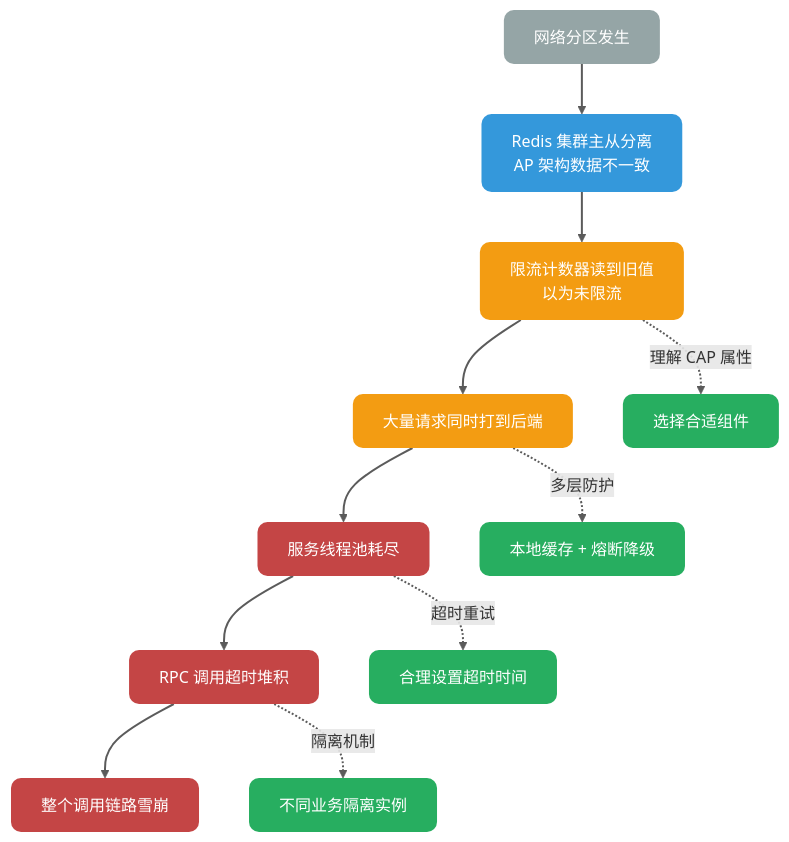
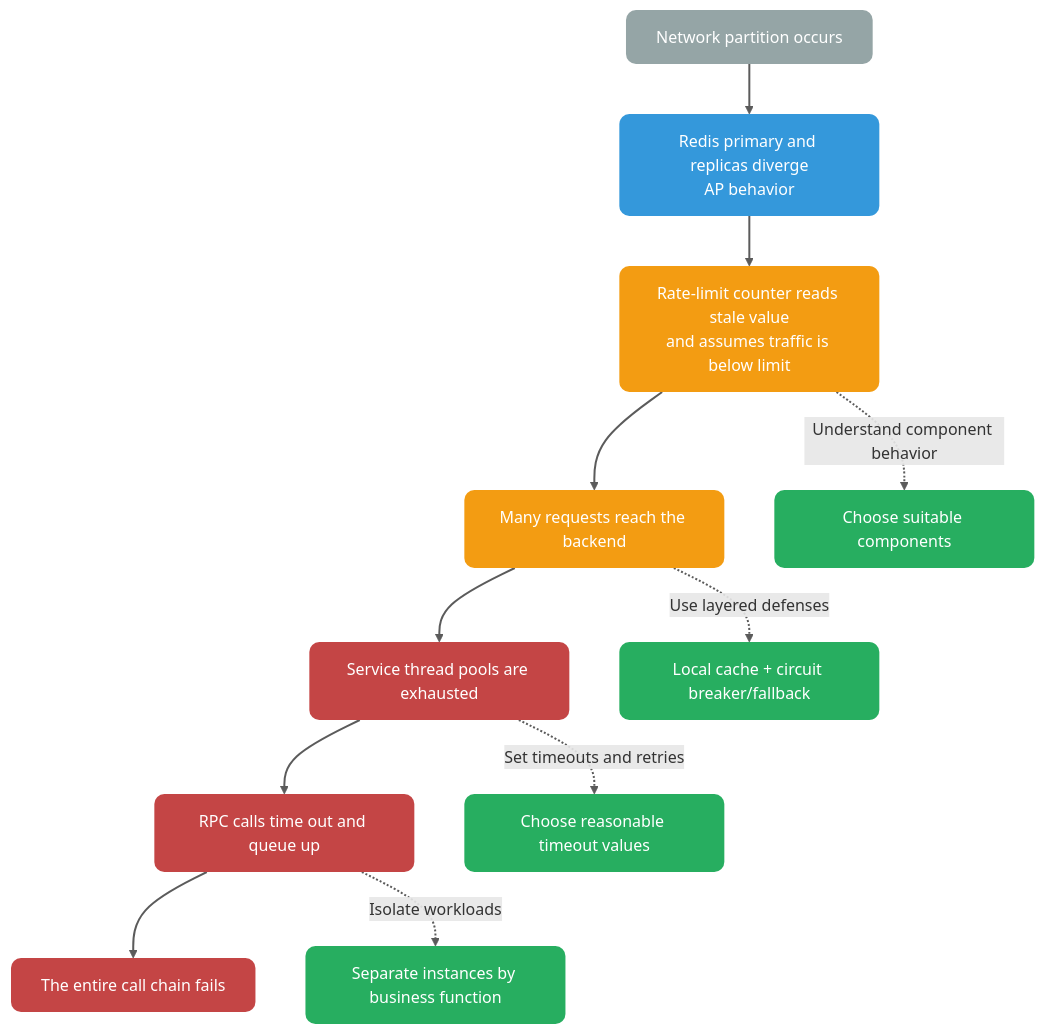
The third of 5 diagrams in docs/distributed-system/protocol/cap-and-base-theorem.md (m3h3d1/JavaGuideEn), drawn with Mermaid before and after one commit. The commit also changed other lines of this file and 16 other files, not shown here.

````diff
--- a/docs/distributed-system/protocol/cap-and-base-theorem.md
+++ b/docs/distributed-system/protocol/cap-and-base-theorem.md
@@ -195,23 +187,23 @@
 ```mermaid
 flowchart TB
-    %% 核心语义配色
+    %% Core semantic colors
     classDef start fill:#95A5A6,color:#FFFFFF,stroke:none,rx:10,ry:10
     classDef process fill:#3498DB,color:#FFFFFF,stroke:none,rx:10,ry:10
     classDef warning fill:#F39C12,color:#FFFFFF,stroke:none,rx:10,ry:10
     classDef danger fill:#C44545,color:#FFFFFF,stroke:none,rx:10,ry:10
     classDef solution fill:#27AE60,color:#FFFFFF,stroke:none,rx:10,ry:10
 
-    Start[网络分区发生]:::start --> P1[Redis 集群主从分离<br/>AP 架构数据不一致]:::process
-    P1 --> P2[限流计数器读到旧值<br/>以为未限流]:::warning
-    P2 --> P3[大量请求同时打到后端]:::warning
-    P3 --> P4[服务线程池耗尽]:::danger
-    P4 --> P5[RPC 调用超时堆积]:::danger
-    P5 --> P6[整个调用链路雪崩]:::danger
+    Start[Network partition occurs]:::start --> P1[Redis primary and replicas diverge<br/>AP behavior]:::process
+    P1 --> P2[Rate-limit counter reads stale value<br/>and assumes traffic is below limit]:::warning
+    P2 --> P3[Many requests reach the backend]:::warning
+    P3 --> P4[Service thread pools are exhausted]:::danger
+    P4 --> P5[RPC calls time out and queue up]:::danger
+    P5 --> P6[The entire call chain fails]:::danger
 
-    P2 -.->|理解 CAP 属性| S1[选择合适组件]:::solution
-    P3 -.->|多层防护| S2[本地缓存 + 熔断降级]:::solution
-    P4 -.->|超时重试| S3[合理设置超时时间]:::solution
-    P5 -.->|隔离机制| S4[不同业务隔离实例]:::solution
+    P2 -.->|Understand component behavior| S1[Choose suitable components]:::solution
+    P3 -.->|Use layered defenses| S2[Local cache + circuit breaker/fallback]:::solution
+    P4 -.->|Set timeouts and retries| S3[Choose reasonable timeout values]:::solution
+    P5 -.->|Isolate workloads| S4[Separate instances by business function]:::solution
 
     linkStyle default stroke-width:2px,stroke:#333333,opacity:0.8
 ```
````
